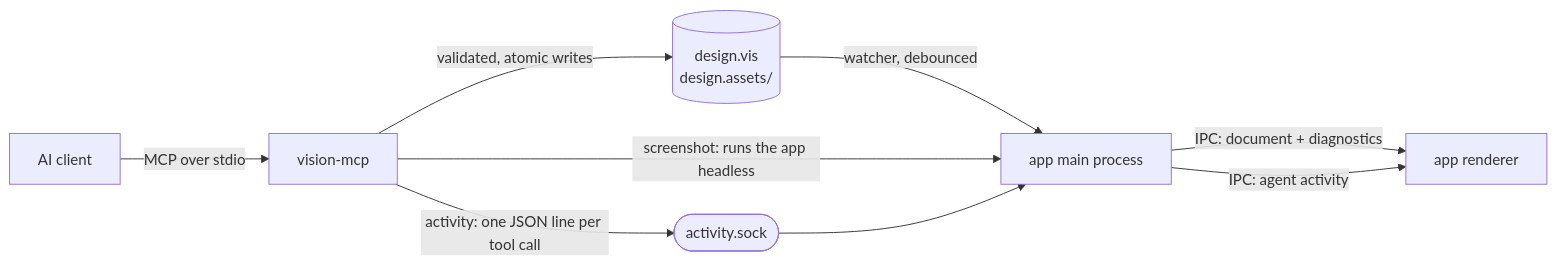
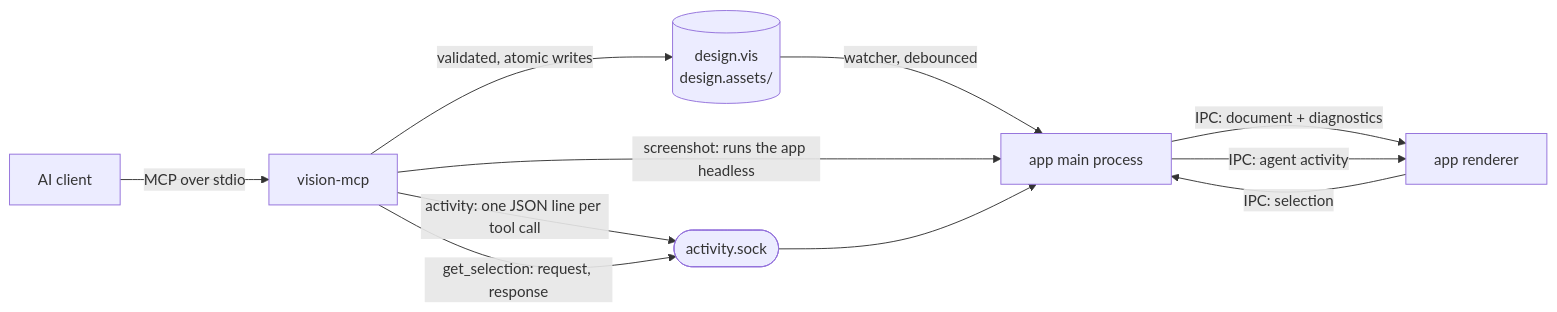
Before and after one commit to opikdev/vision: the diagram in docs/architecture.md, drawn with Mermaid. The commit also changed other lines of this file and 3 other files, not shown here.

````diff
--- a/docs/architecture.md
+++ b/docs/architecture.md
@@ -5,11 +5,13 @@
 ```mermaid
 flowchart LR
     AI[AI client] -- MCP over stdio --> MCP[vision-mcp]
     MCP -- validated, atomic writes --> File[(design.vis<br/>design.assets/)]
     File -- watcher, debounced --> Main[app main process]
     Main -- IPC: document + diagnostics --> Renderer[app renderer]
     MCP -- screenshot: runs the app headless --> Main
     MCP -- activity: one JSON line per tool call --> Socket([activity.sock])
+    MCP -- get_selection: request, response --> Socket
     Socket --> Main
     Main -- IPC: agent activity --> Renderer
+    Renderer -- IPC: selection --> Main
 ```
````
